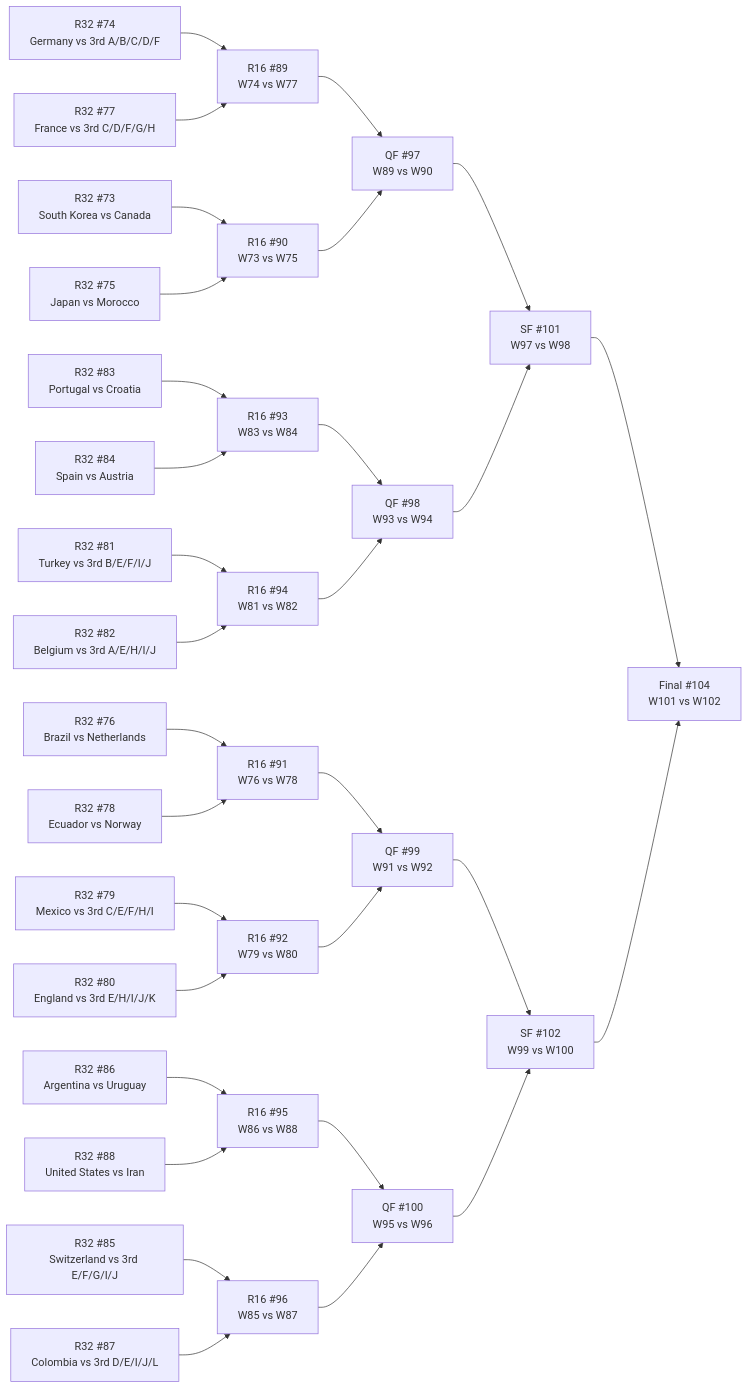
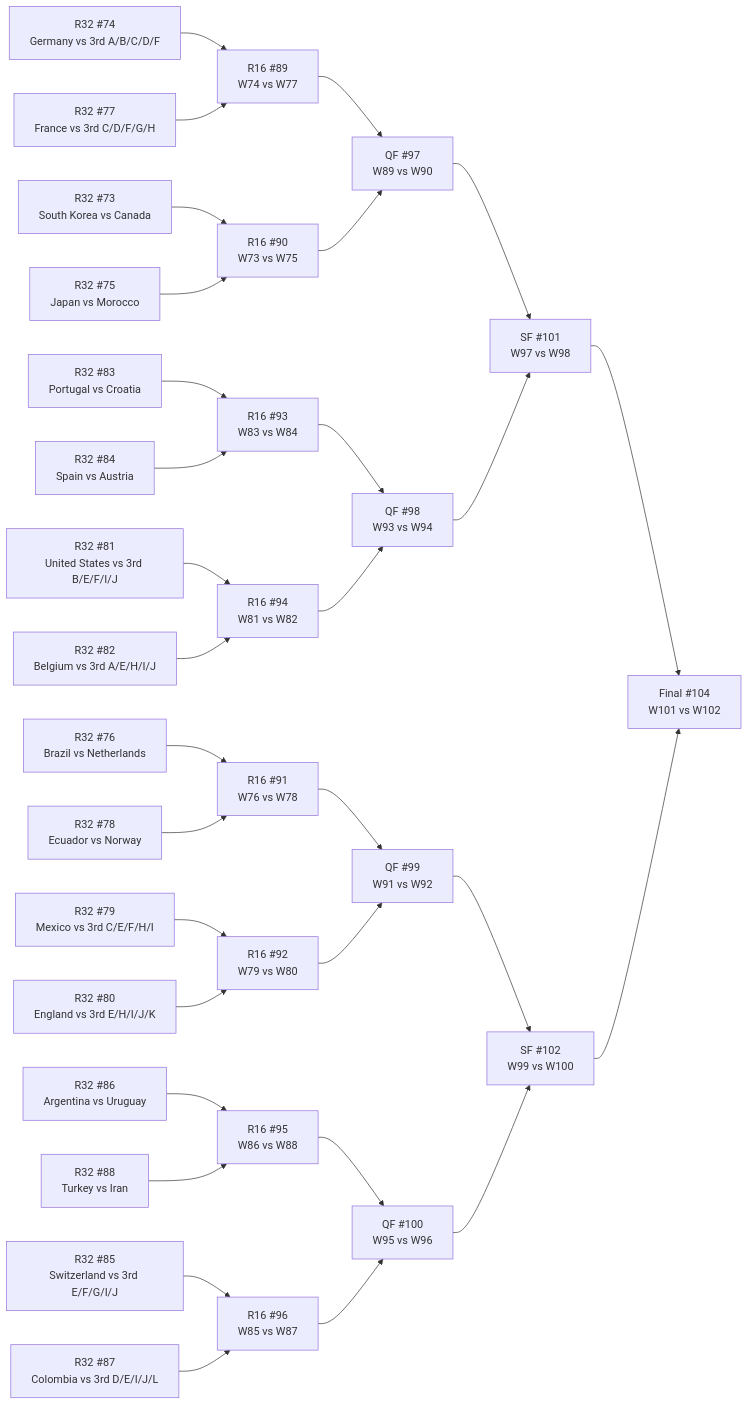
One commit to Tutai-Tran/WC-2026-predictor changed the diagram in WC vault/_bracket.md. Above: the diagram before and after it, drawn with Mermaid. The commit also changed 84 other files, not shown here.

````diff
--- a/WC vault/_bracket.md
+++ b/WC vault/_bracket.md
@@ -11,64 +11,64 @@
 ```mermaid
 flowchart LR
   M73["R32 #73<br>South Korea vs Canada"]
   M74["R32 #74<br>Germany vs 3rd A/B/C/D/F"]
   M75["R32 #75<br>Japan vs Morocco"]
   M76["R32 #76<br>Brazil vs Netherlands"]
   M77["R32 #77<br>France vs 3rd C/D/F/G/H"]
   M78["R32 #78<br>Ecuador vs Norway"]
   M79["R32 #79<br>Mexico vs 3rd C/E/F/H/I"]
   M80["R32 #80<br>England vs 3rd E/H/I/J/K"]
-  M81["R32 #81<br>Turkey vs 3rd B/E/F/I/J"]
+  M81["R32 #81<br>United States vs 3rd B/E/F/I/J"]
   M82["R32 #82<br>Belgium vs 3rd A/E/H/I/J"]
   M83["R32 #83<br>Portugal vs Croatia"]
   M84["R32 #84<br>Spain vs Austria"]
   M85["R32 #85<br>Switzerland vs 3rd E/F/G/I/J"]
   M86["R32 #86<br>Argentina vs Uruguay"]
   M87["R32 #87<br>Colombia vs 3rd D/E/I/J/L"]
-  M88["R32 #88<br>United States vs Iran"]
+  M88["R32 #88<br>Turkey vs Iran"]
   M89["R16 #89<br>W74 vs W77"]
   M90["R16 #90<br>W73 vs W75"]
   M91["R16 #91<br>W76 vs W78"]
   M92["R16 #92<br>W79 vs W80"]
   M93["R16 #93<br>W83 vs W84"]
   M94["R16 #94<br>W81 vs W82"]
   M95["R16 #95<br>W86 vs W88"]
   M96["R16 #96<br>W85 vs W87"]
   M97["QF #97<br>W89 vs W90"]
   M98["QF #98<br>W93 vs W94"]
   M99["QF #99<br>W91 vs W92"]
   M100["QF #100<br>W95 vs W96"]
   M101["SF #101<br>W97 vs W98"]
   M102["SF #102<br>W99 vs W100"]
   M104["Final #104<br>W101 vs W102"]
   M74 --> M89
   M77 --> M89
   M73 --> M90
   M75 --> M90
   M76 --> M91
   M78 --> M91
   M79 --> M92
   M80 --> M92
   M83 --> M93
   M84 --> M93
   M81 --> M94
   M82 --> M94
   M86 --> M95
   M88 --> M95
   M85 --> M96
   M87 --> M96
   M89 --> M97
   M90 --> M97
   M93 --> M98
   M94 --> M98
   M91 --> M99
   M92 --> M99
   M95 --> M100
   M96 --> M100
   M97 --> M101
   M98 --> M101
   M99 --> M102
   M100 --> M102
   M101 --> M104
   M102 --> M104
 ```
````
